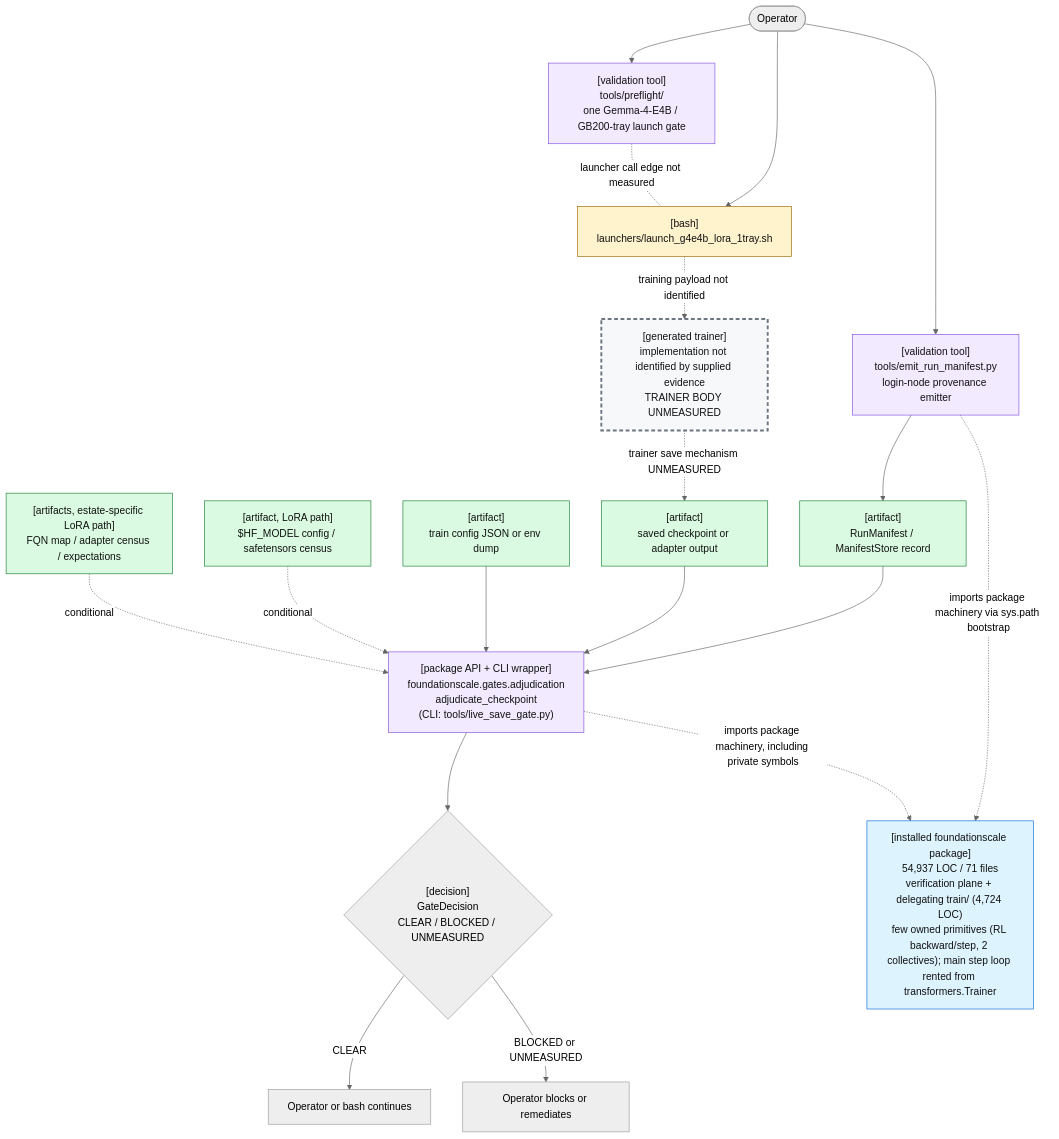
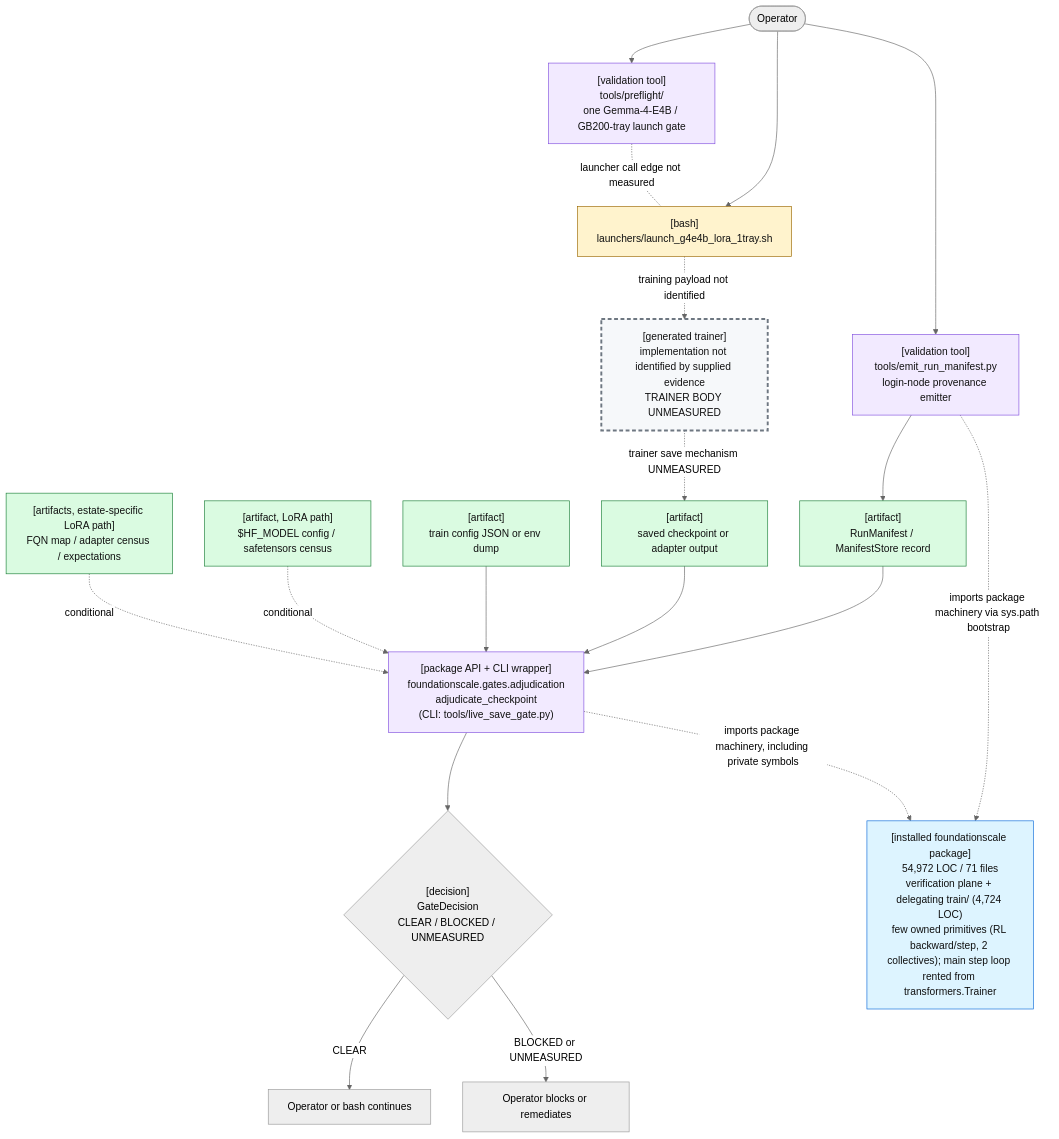
The first of 2 diagrams in docs/review/D2_current_architecture.md (TranNhiem/FoundationScale), drawn with Mermaid (neutral theme) before and after one commit. The commit also changed other lines of this file and 14 other files, not shown here.

````diff
--- a/docs/review/D2_current_architecture.md
+++ b/docs/review/D2_current_architecture.md
@@ -25,59 +25,59 @@
 ```mermaid
 flowchart TB
   O(["Operator"])
 
   PF["[validation tool]<br/>tools/preflight/<br/>one Gemma-4-E4B / GB200-tray launch gate"]
   L["[bash]<br/>launchers/launch_g4e4b_lora_1tray.sh"]
 
   E["[validation tool]<br/>tools/emit_run_manifest.py<br/>login-node provenance emitter"]
   M["[artifact]<br/>RunManifest / ManifestStore record"]
 
   T["[generated trainer]<br/>implementation not identified by supplied evidence<br/>TRAINER BODY UNMEASURED"]
   C["[artifact]<br/>saved checkpoint or adapter output"]
 
   G["[package API + CLI wrapper]<br/>foundationscale.gates.adjudication<br/>adjudicate_checkpoint<br/>(CLI: tools/live_save_gate.py)"]
   CFG["[artifact]<br/>train config JSON or env dump"]
   BASE["[artifact, LoRA path]<br/>$HF_MODEL config / safetensors census"]
   CEN["[artifacts, estate-specific LoRA path]<br/>FQN map / adapter census / expectations"]
 
   D{"[decision]<br/>GateDecision<br/>CLEAR / BLOCKED / UNMEASURED"}
   OK["Operator or bash continues"]
   NO["Operator blocks or remediates"]
 
-  PKG["[installed foundationscale package]<br/>54,937 LOC / 71 files<br/>verification plane + delegating train/ (4,724 LOC)<br/>few owned primitives (RL backward/step, 2 collectives); main step loop rented from transformers.Trainer"]
+  PKG["[installed foundationscale package]<br/>54,972 LOC / 71 files<br/>verification plane + delegating train/ (4,724 LOC)<br/>few owned primitives (RL backward/step, 2 collectives); main step loop rented from transformers.Trainer"]
 
   O --> PF
   O --> L
   PF -. "launcher call edge not measured" .- L
 
   O --> E
   E --> M
 
   L -. "training payload not identified" .-> T
   T -. "trainer save mechanism UNMEASURED" .-> C
 
   M --> G
   C --> G
   CFG --> G
   BASE -. "conditional" .-> G
   CEN -. "conditional" .-> G
 
   E -. "imports package machinery via sys.path bootstrap" .-> PKG
   G -. "imports package machinery, including private symbols" .-> PKG
 
   G --> D
   D -->|"CLEAR"| OK
   D -->|"BLOCKED or UNMEASURED"| NO
 
   classDef bash fill:#fff3cd,stroke:#9a6700,color:#111;
   classDef tool fill:#f2eaff,stroke:#8250df,color:#111;
   classDef artifact fill:#dafbe1,stroke:#1a7f37,color:#111;
   classDef gap fill:#f6f8fa,stroke:#6e7781,stroke-width:3px,stroke-dasharray: 6 4,color:#111;
   classDef pkg fill:#ddf4ff,stroke:#0969da,color:#111;
 
   class L bash;
   class PF,E,G tool;
   class M,C,CFG,BASE,CEN artifact;
   class T gap;
   class PKG pkg;
 ```
````
